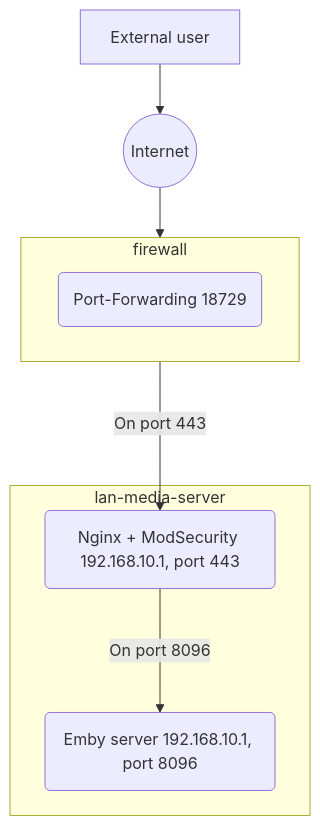
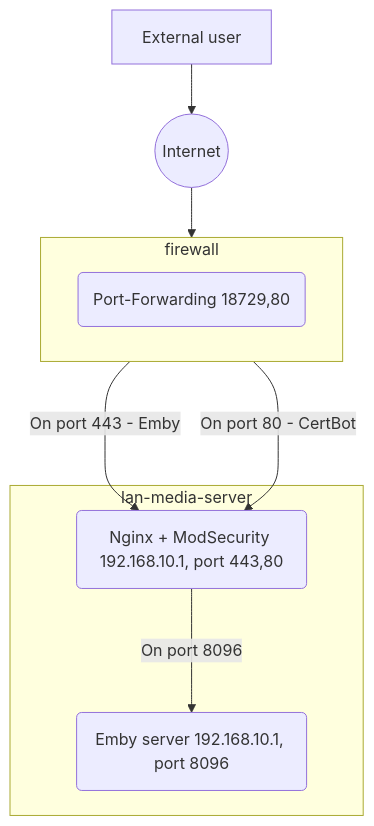
One commit to maksokami/doc-starter changed the diagram in emby-reverse-proxy/README.md. Above: the diagram before and after it, drawn with Mermaid. The commit also changed other lines of this file, not shown here.

````diff
--- a/emby-reverse-proxy/README.md
+++ b/emby-reverse-proxy/README.md
@@ -1,19 +1,20 @@
 ```mermaid
 graph TD
   ext[External user]
  internet((Internet))
 
 subgraph firewall
 linkStyle default interpolate basis
-   pf(Port-Forwarding 18729)
+   pf(Port-Forwarding 18729,80)
 end
 subgraph lan-media-server
 linkStyle default interpolate basis
-  proxy(Nginx + ModSecurity 192.168.10.1, port 443)
+  proxy(Nginx + ModSecurity 192.168.10.1, port 443,80)
   emby(Emby server 192.168.10.1, port 8096)
 end
  ext-->internet
  internet-->firewall
- firewall--->|On port 443|proxy
+ firewall--->|On port 443 - Emby|proxy
+ firewall--->|On port 80 - CertBot|proxy
  proxy--->|On port 8096|emby
 ```
````
